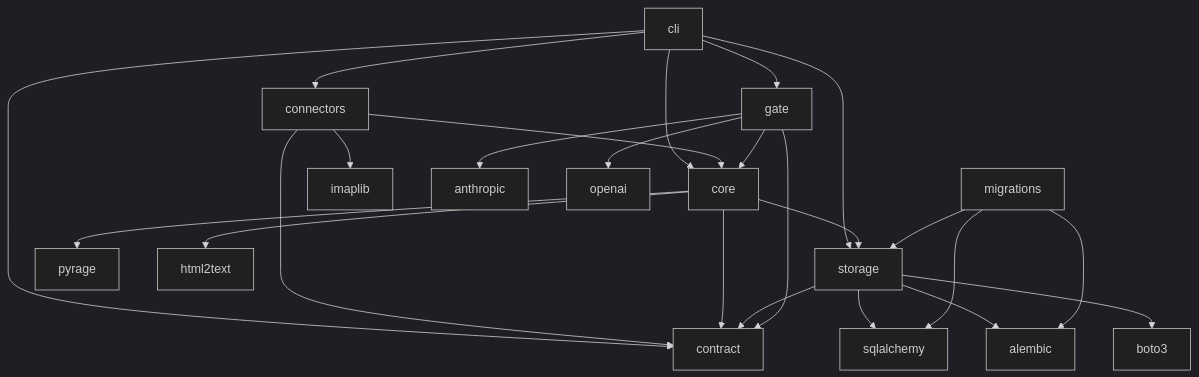
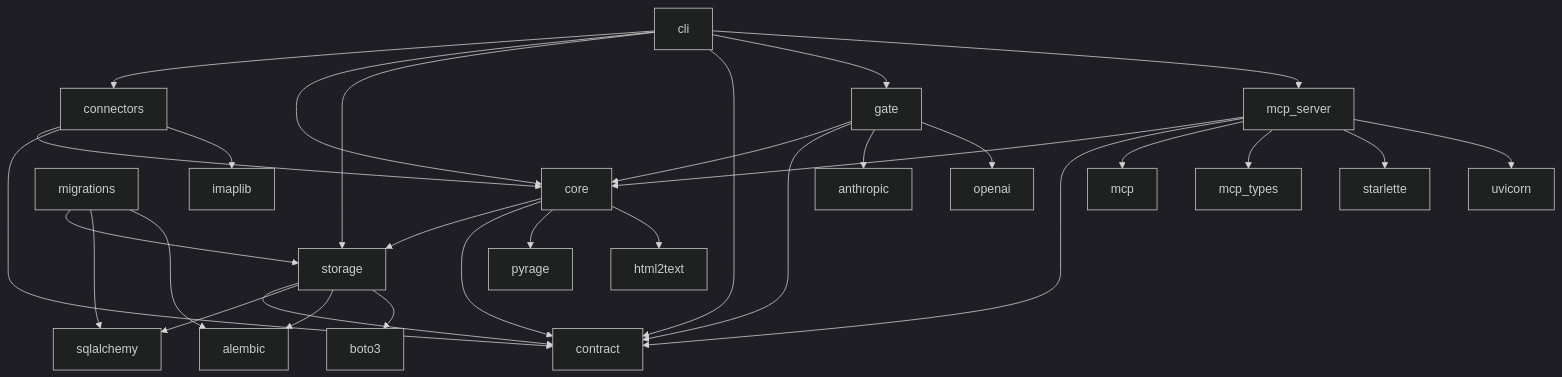
The diagram in docs/explanation/module-boundaries.md (jensens/previously), drawn with Mermaid (dark theme) before and after one commit. The commit also changed other lines of this file and 18 other files, not shown here.

````diff
--- a/docs/explanation/module-boundaries.md
+++ b/docs/explanation/module-boundaries.md
@@ -31,28 +33,35 @@
 ```{mermaid}
-:caption: The import edges on 2026-10-09: thirteen between its own modules, and not one of them exempted. Ten arrows leave the package.
+:caption: The import edges on 2026-10-11: sixteen between its own modules, and not one of them exempted. Fourteen arrows leave the package.
 
 graph TD
     cli[cli] --> connectors[connectors]
     cli --> core[core]
     cli --> storage[storage]
     cli --> contract[contract]
     cli --> gate[gate]
     connectors --> core
     connectors --> contract
     core --> storage
     core --> contract
     migrations[migrations] --> storage
     storage --> contract
     storage --> sqlalchemy[sqlalchemy]
     storage --> alembic[alembic]
     migrations --> sqlalchemy
     migrations --> alembic
     core --> pyrage[pyrage]
     storage --> boto3[boto3]
     core --> html2text[html2text]
     connectors --> imaplib[imaplib]
     gate --> core
     gate --> contract
     gate --> anthropic[anthropic]
     gate --> openai[openai]
+    cli --> mcp_server[mcp_server]
+    mcp_server --> core
+    mcp_server --> contract
+    mcp_server --> mcp[mcp]
+    mcp_server --> mcp_types[mcp_types]
+    mcp_server --> starlette[starlette]
+    mcp_server --> uvicorn[uvicorn]
 ```
````
